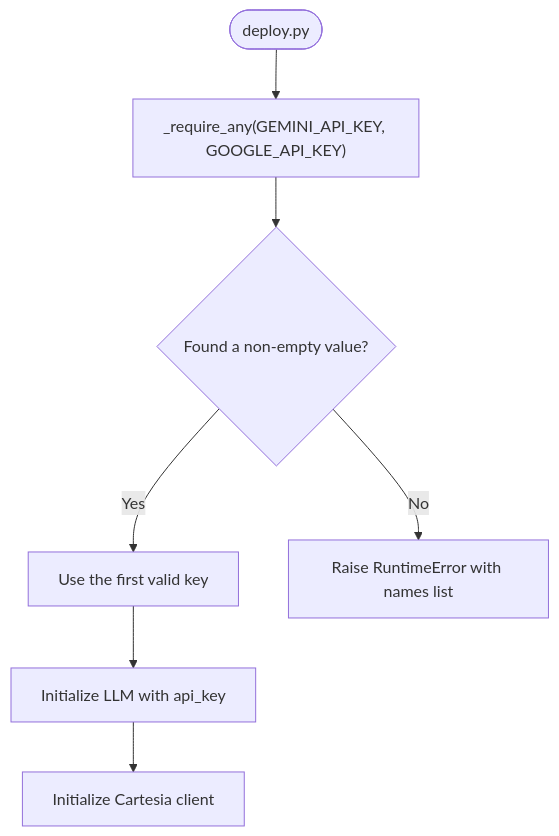
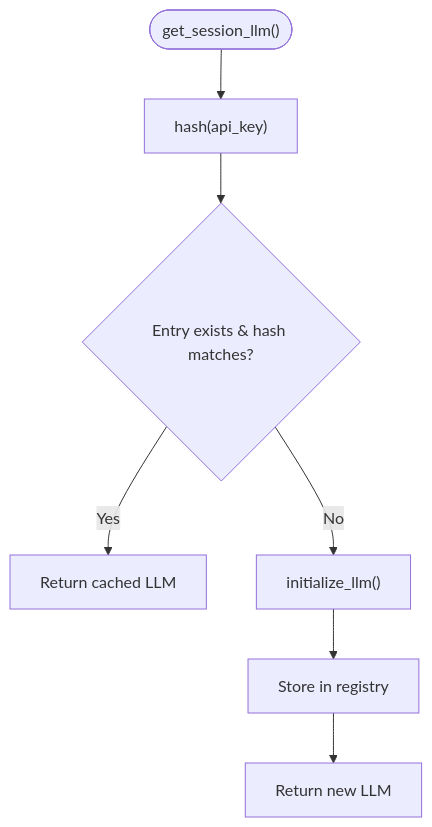
Before and after one commit to MOK-5-ha/MayaMCP: the fifth of 8 diagrams in .qoder/repowiki/en/content/Configuration Management/API Key Management.md, drawn with Mermaid. The commit also changed other lines of this file and 27 other files, not shown here.

````diff
--- a/.qoder/repowiki/en/content/Configuration Management/API Key Management.md
+++ b/.qoder/repowiki/en/content/Configuration Management/API Key Management.md
@@ -211,9 +231,9 @@
 ```mermaid
 flowchart TD
-Start(["deploy.py"]) --> RequireAny["_require_any(GEMINI_API_KEY, GOOGLE_API_KEY)"]
-RequireAny --> Found{"Found a non-empty value?"}
-Found --> |Yes| UseKey["Use the first valid key"]
-Found --> |No| RaiseErr["Raise RuntimeError with names list"]
-UseKey --> InitLLM["Initialize LLM with api_key"]
-InitLLM --> InitTTS["Initialize Cartesia client"]
+GetLLM(["get_session_llm()"]) --> HashKey["hash(api_key)"]
+HashKey --> CheckCache{"Entry exists & hash matches?"}
+CheckCache --> |Yes| ReturnCached["Return cached LLM"]
+CheckCache --> |No| CreateLLM["initialize_llm()"]
+CreateLLM --> CacheLLM["Store in registry"]
+CacheLLM --> ReturnNew["Return new LLM"]
 ```
````
